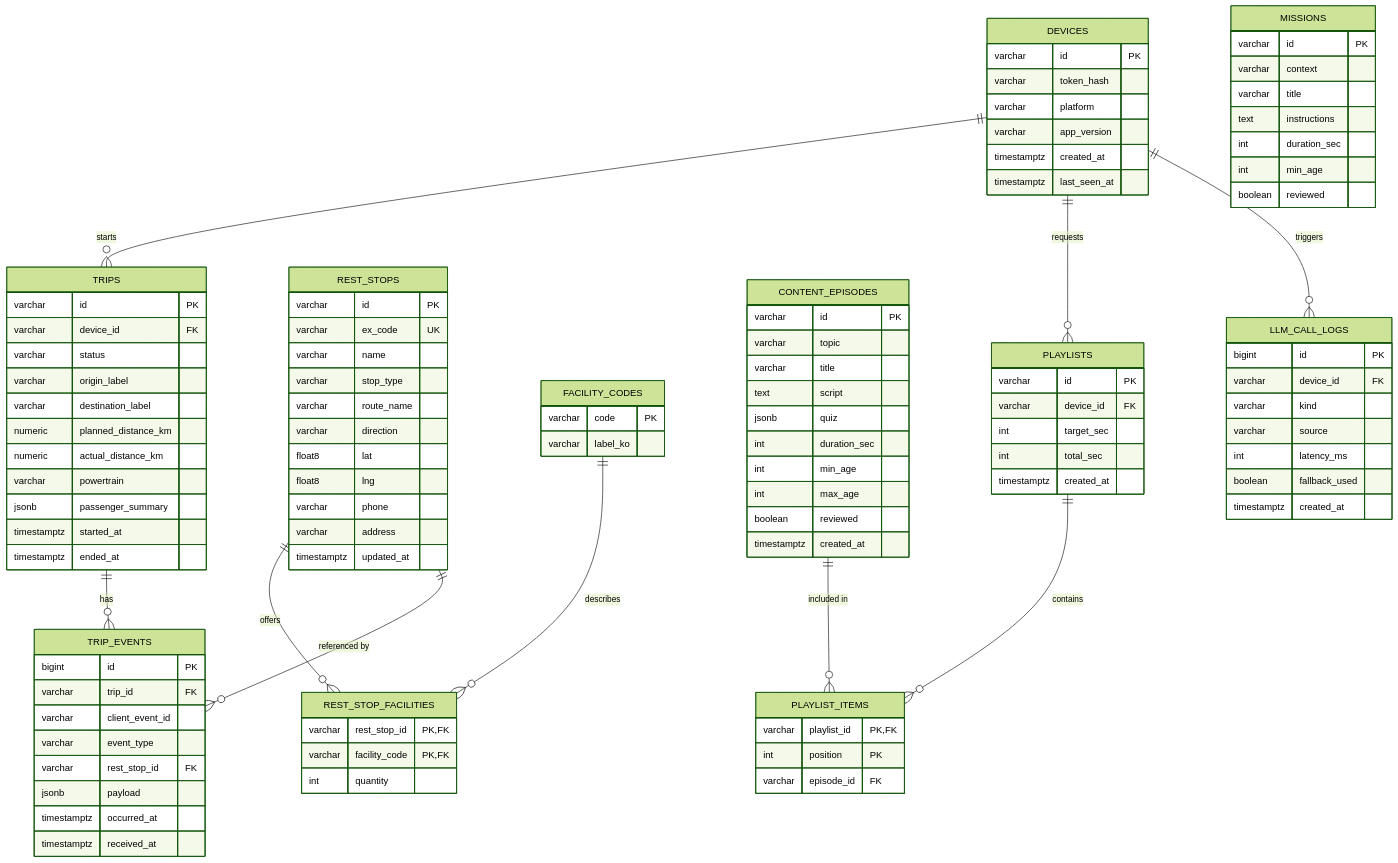
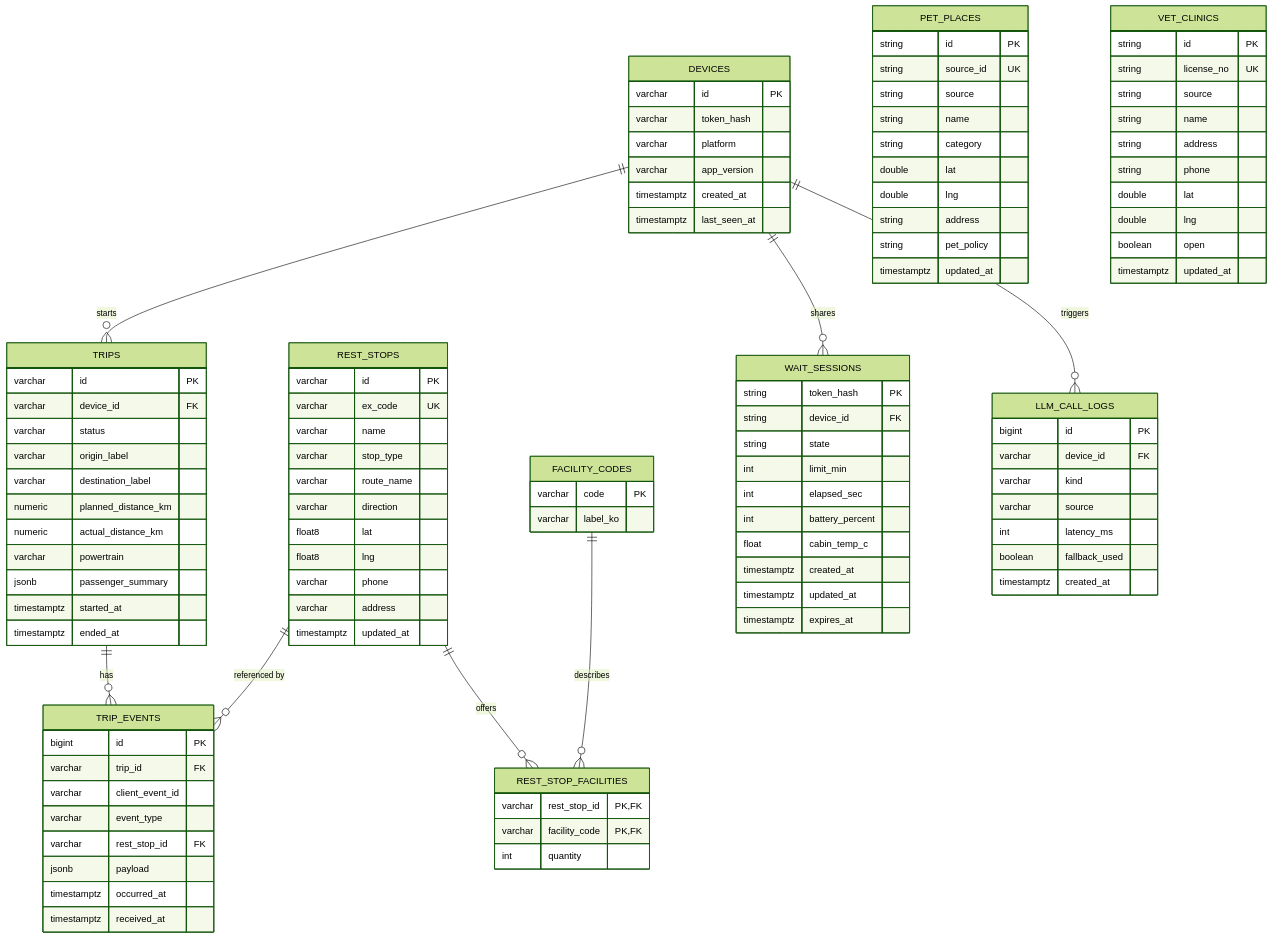
The first of 2 diagrams in database.md (xuxtaku7610-del/every-moment-of-pause), drawn with Mermaid (forest theme) before and after one commit. The commit also changed other lines of this file and 159 other files, not shown here.

````diff
--- a/database.md
+++ b/database.md
@@ -13,9 +13,7 @@
     REST_STOPS ||--o{ REST_STOP_FACILITIES : "offers"
     FACILITY_CODES ||--o{ REST_STOP_FACILITIES : "describes"
     REST_STOPS ||--o{ TRIP_EVENTS : "referenced by"
-    CONTENT_EPISODES ||--o{ PLAYLIST_ITEMS : "included in"
-    PLAYLISTS ||--o{ PLAYLIST_ITEMS : "contains"
-    DEVICES ||--o{ PLAYLISTS : "requests"
+    DEVICES ||--o{ WAIT_SESSIONS : "shares"
     DEVICES ||--o{ LLM_CALL_LOGS : "triggers"
 
     DEVICES {
@@ -47,39 +45,6 @@
         varchar rest_stop_id PK, FK
         varchar facility_code PK, FK
         int quantity
-    }
-    CONTENT_EPISODES {
-        varchar id PK
-        varchar topic
-        varchar title
-        text script
-        jsonb quiz
-        int duration_sec
-        int min_age
-        int max_age
-        boolean reviewed
-        timestamptz created_at
-    }
-    MISSIONS {
-        varchar id PK
-        varchar context
-        varchar title
-        text instructions
-        int duration_sec
-        int min_age
-        boolean reviewed
-    }
-    PLAYLISTS {
-        varchar id PK
-        varchar device_id FK
-        int target_sec
-        int total_sec
-        timestamptz created_at
-    }
-    PLAYLIST_ITEMS {
-        varchar playlist_id PK, FK
-        int position PK
-        varchar episode_id FK
     }
     TRIPS {
         varchar id PK
@@ -113,4 +78,40 @@
         boolean fallback_used
         timestamptz created_at
     }
+    PET_PLACES {
+        string id PK
+        string source_id UK
+        string source
+        string name
+        string category
+        double lat
+        double lng
+        string address
+        string pet_policy
+        timestamptz updated_at
+    }
+    VET_CLINICS {
+        string id PK
+        string license_no UK
+        string source
+        string name
+        string address
+        string phone
+        double lat
+        double lng
+        boolean open
+        timestamptz updated_at
+    }
+    WAIT_SESSIONS {
+        string token_hash PK
+        string device_id FK
+        string state
+        int limit_min
+        int elapsed_sec
+        int battery_percent
+        float cabin_temp_c
+        timestamptz created_at
+        timestamptz updated_at
+        timestamptz expires_at
+    }
 ```
````
